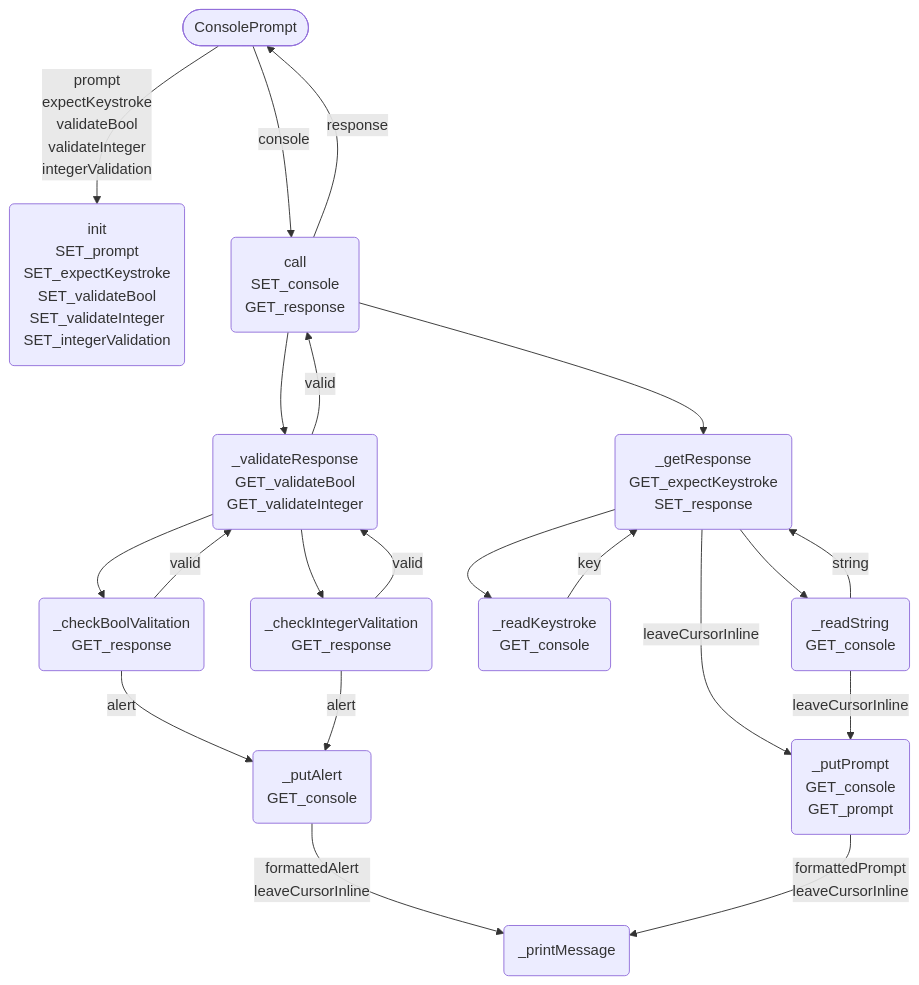
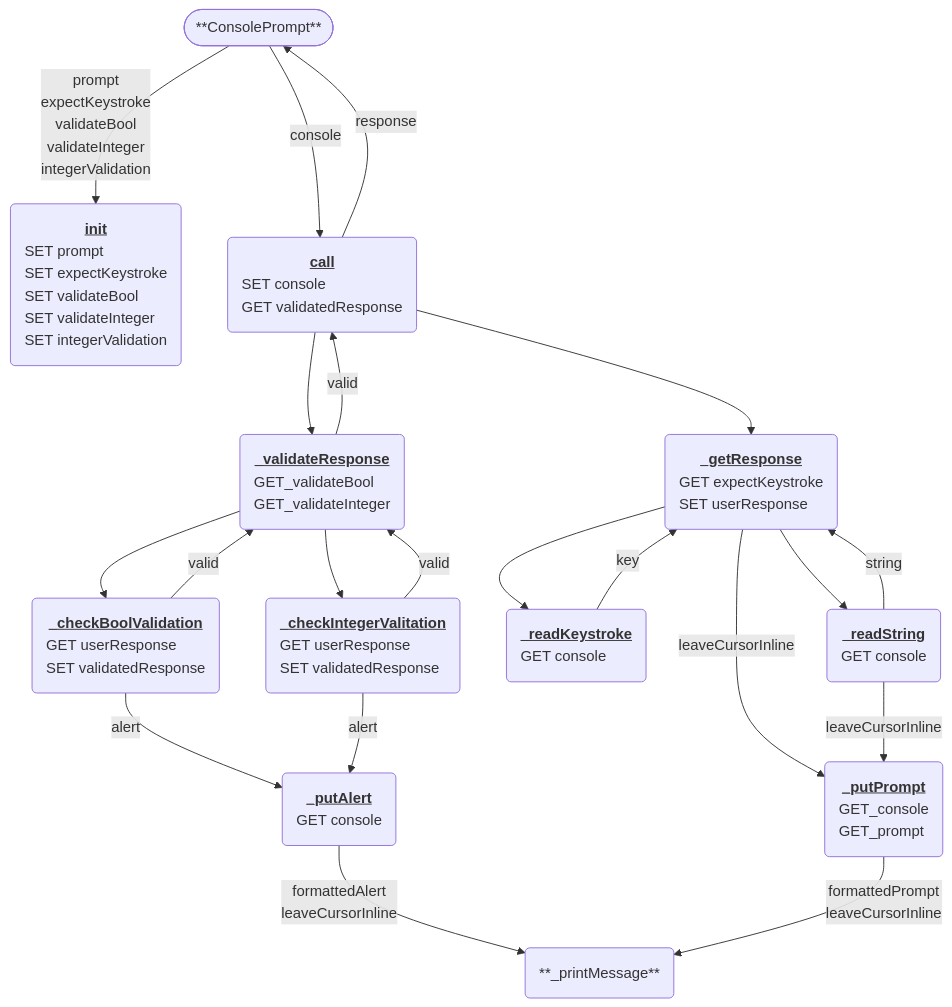
The third of 8 diagrams in scripts/console/design.md (7s4e/p3), drawn with Mermaid before and after one commit.

Commit message:
align design

````diff
--- a/scripts/console/design.md
+++ b/scripts/console/design.md
@@ -37,37 +37,64 @@
 ```mermaid
 graph TB
-    MAIN([ConsolePrompt])
-        MAIN 
-            -- prompt <br> expectKeystroke <br> validateBool <br> validateInteger <br> integerValidation 
-            --> INIT
+    MAIN([**ConsolePrompt**])
+        MAIN -- prompt
+                expectKeystroke
+                validateBool
+                validateInteger
+                integerValidation 
+             --> INIT
         MAIN -- console --> CALL
-    CALL(call <br> SET_console <br> GET_response)
+    CALL("<b><u>call</u></b>
+          <div style='text-align:left;'>SET console
+                                        GET validatedResponse</div>")
         CALL --> GR
         CALL --> VR
         CALL -- response --> MAIN
-    CBV(_checkBoolValitation <br> GET_response)
+    CBV("<b><u>_checkBoolValidation</u></b>
+         <div style='text-align:left;'>GET userResponse
+                                       SET validatedResponse</div>")
         CBV -- alert --> PA
         CBV -- valid --> VR
-    CIV(_checkIntegerValitation <br> GET_response)
+    CIV("<b><u>_checkIntegerValitation</u></b>
+         <div style='text-align:left;'>GET userResponse
+                                       SET validatedResponse</div>")
         CIV -- alert --> PA
         CIV -- valid --> VR
-    GR(_getResponse <br> GET_expectKeystroke <br> SET_response)
+    GR("<b><u>_getResponse</u></b>
+        <div style='text-align:left;'>GET expectKeystroke
+                                      SET userResponse</div>")
         GR -- leaveCursorInline --> PP
         GR --> RK
         GR --> RS
-    INIT(init <br> SET_prompt <br> SET_expectKeystroke <br> SET_validateBool <br> SET_validateInteger <br> SET_integerValidation)
-    PA(_putAlert <br> GET_console)
-        PA -- formattedAlert <br> leaveCursorInline--> PM
-    PM(_printMessage)
-    PP(_putPrompt <br> GET_console<br> GET_prompt)
-        PP -- formattedPrompt <br> leaveCursorInline--> PM
-    RK(_readKeystroke <br> GET_console)
+    INIT("<b><u>init</u></b>
+          <div style='text-align:left;'>SET prompt
+                                        SET expectKeystroke
+                                        SET validateBool
+                                        SET validateInteger
+                                        SET integerValidation</div>")
+    PA("<b><u>_putAlert</u></b>
+        <div style='text-align:left;'>GET console</div>")
+        PA -- formattedAlert
+              leaveCursorInline
+           --> PM
+    PM(**_printMessage**)
+    PP("<b><u>_putPrompt</u>
+        </b><div style='text-align:left;'>GET_console
+                                          GET_prompt</div>")
+        PP -- formattedPrompt
+              leaveCursorInline
+           --> PM
+    RK("<b><u>_readKeystroke</u></b>
+        <div style='text-align:left;'>GET console</div>")
         RK -- key --> GR
-    RS(_readString <br> GET_console)
+    RS("<b><u>_readString</u></b>
+        <div style='text-align:left;'>GET console</div>")
         RS -- leaveCursorInline --> PP
         RS -- string --> GR
-    VR(_validateResponse <br> GET_validateBool <br> GET_validateInteger)
+    VR("<b><u>_validateResponse</u></b>
+        <div style='text-align:left;'>GET_validateBool
+                                      GET_validateInteger</div>")
         VR --> CBV
         VR --> CIV
         VR -- valid --> CALL
 ```
````
